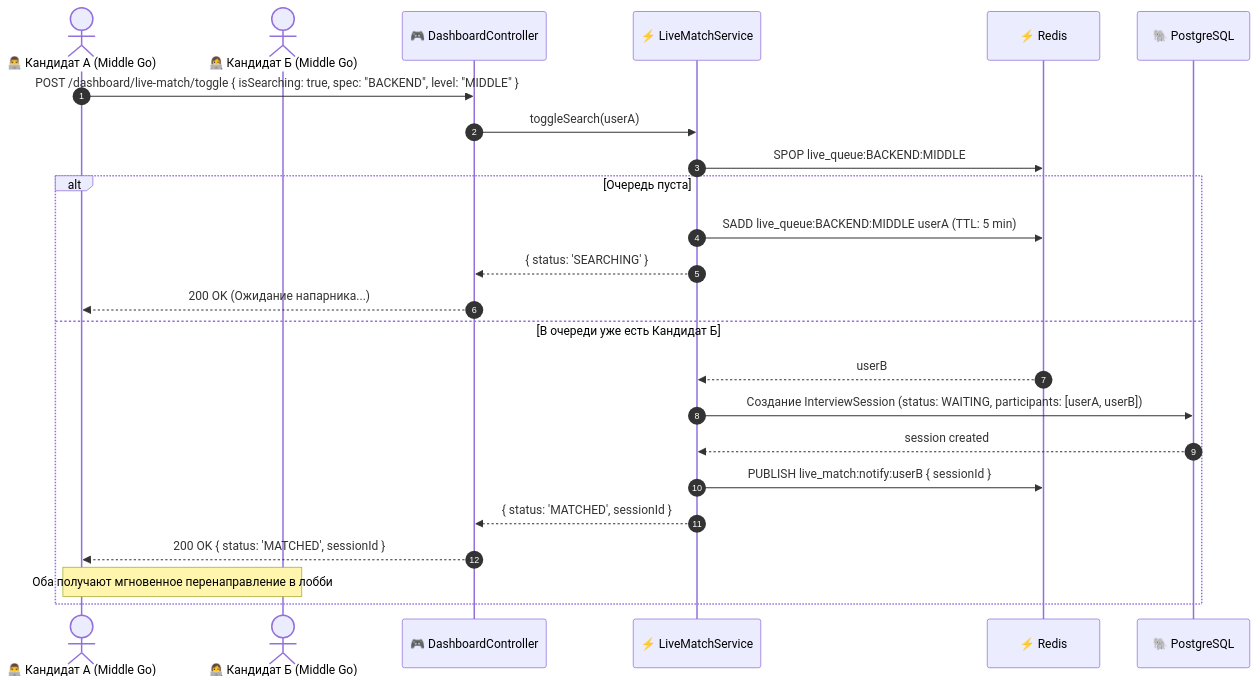
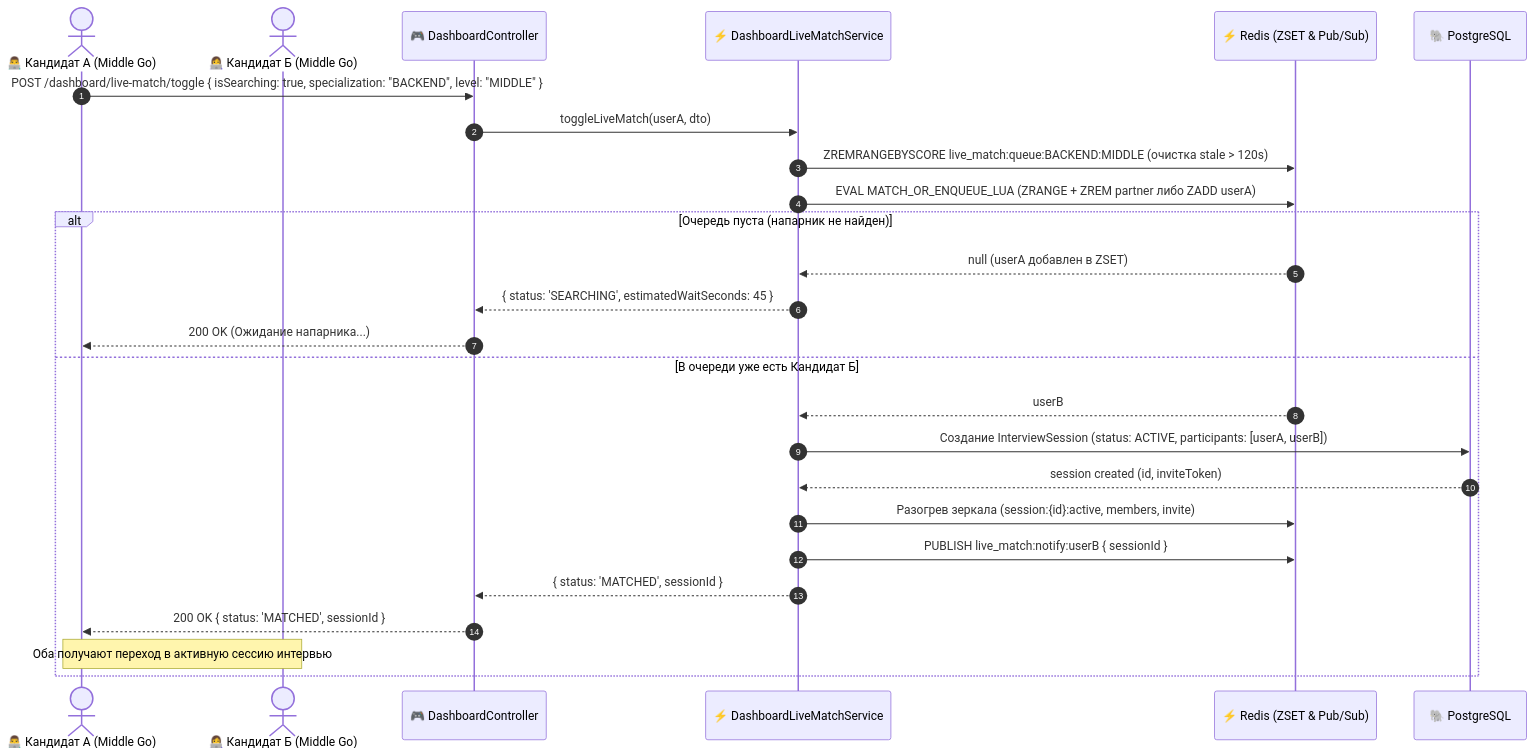
One commit to Riko4502/MockInterviewAI changed the second of 2 diagrams in docs/tasks/dashboard-api.md. Above: the diagram before and after it, drawn with Mermaid. The commit also changed other lines of this file and 18 other files, not shown here.

Commit message:
feat(api): implement dashboard module with stats, readiness, and live match services

````diff
--- a/docs/tasks/dashboard-api.md
+++ b/docs/tasks/dashboard-api.md
@@ -104,27 +104,29 @@
 ```mermaid
 sequenceDiagram
     autonumber
     actor CandidateA as 👨‍💻 Кандидат А (Middle Go)
     actor CandidateB as 👩‍💻 Кандидат Б (Middle Go)
     participant Ctrl as 🎮 DashboardController
-    participant LMSvc as ⚡ LiveMatchService
-    participant Redis as ⚡ Redis
+    participant LMSvc as ⚡ DashboardLiveMatchService
+    participant Redis as ⚡ Redis (ZSET & Pub/Sub)
     participant DB as 🐘 PostgreSQL
 
-    CandidateA->>Ctrl: POST /dashboard/live-match/toggle { isSearching: true, spec: "BACKEND", level: "MIDDLE" }
-    Ctrl->>LMSvc: toggleSearch(userA)
-    LMSvc->>Redis: SPOP live_queue:BACKEND:MIDDLE
-    alt Очередь пуста
-        LMSvc->>Redis: SADD live_queue:BACKEND:MIDDLE userA (TTL: 5 min)
-        LMSvc-->>Ctrl: { status: 'SEARCHING' }
+    CandidateA->>Ctrl: POST /dashboard/live-match/toggle { isSearching: true, specialization: "BACKEND", level: "MIDDLE" }
+    Ctrl->>LMSvc: toggleLiveMatch(userA, dto)
+    LMSvc->>Redis: ZREMRANGEBYSCORE live_match:queue:BACKEND:MIDDLE (очистка stale > 120s)
+    LMSvc->>Redis: EVAL MATCH_OR_ENQUEUE_LUA (ZRANGE + ZREM partner либо ZADD userA)
+    alt Очередь пуста (напарник не найден)
+        Redis-->>LMSvc: null (userA добавлен в ZSET)
+        LMSvc-->>Ctrl: { status: 'SEARCHING', estimatedWaitSeconds: 45 }
         Ctrl-->>CandidateA: 200 OK (Ожидание напарника...)
     else В очереди уже есть Кандидат Б
         Redis-->>LMSvc: userB
-        LMSvc->>DB: Создание InterviewSession (status: WAITING, participants: [userA, userB])
-        DB-->>LMSvc: session created
+        LMSvc->>DB: Создание InterviewSession (status: ACTIVE, participants: [userA, userB])
+        DB-->>LMSvc: session created (id, inviteToken)
+        LMSvc->>Redis: Разогрев зеркала (session:{id}:active, members, invite)
         LMSvc->>Redis: PUBLISH live_match:notify:userB { sessionId }
         LMSvc-->>Ctrl: { status: 'MATCHED', sessionId }
         Ctrl-->>CandidateA: 200 OK { status: 'MATCHED', sessionId }
-        Note over CandidateA, CandidateB: Оба получают мгновенное перенаправление в лобби
+        Note over CandidateA, CandidateB: Оба получают переход в активную сессию интервью
     end
 ```
````
